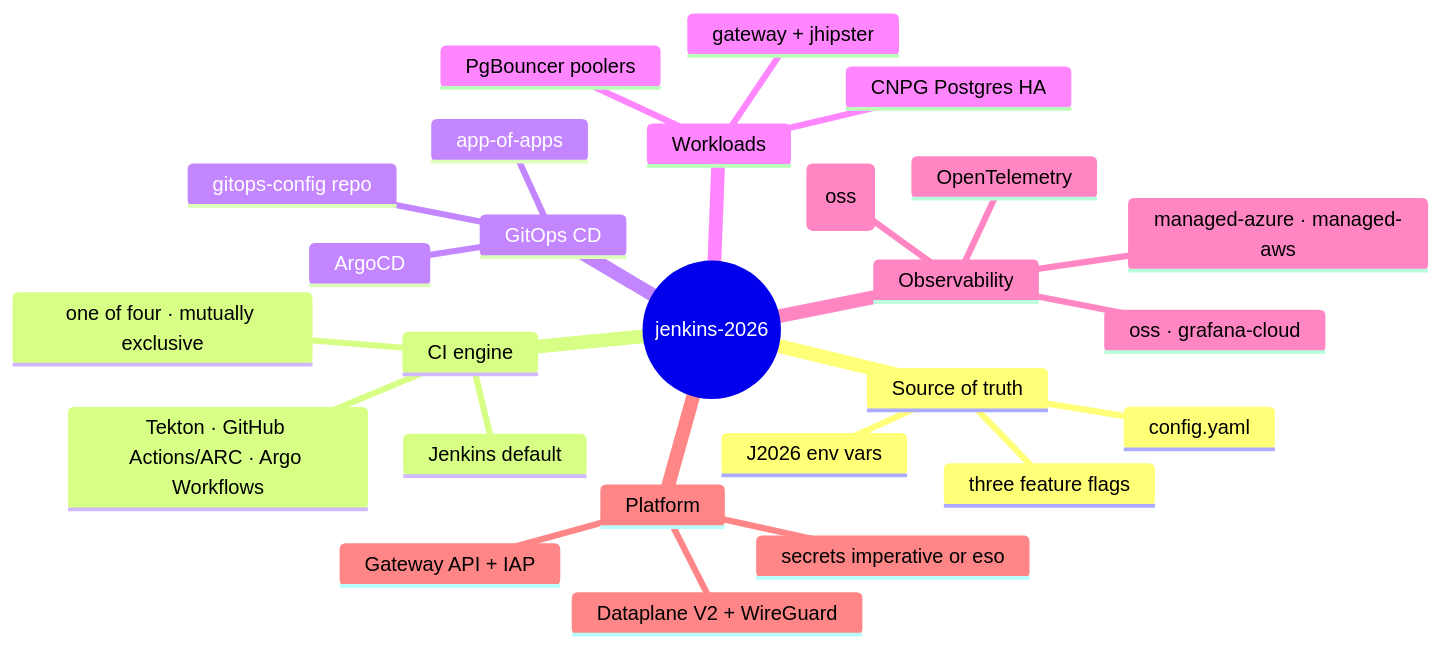
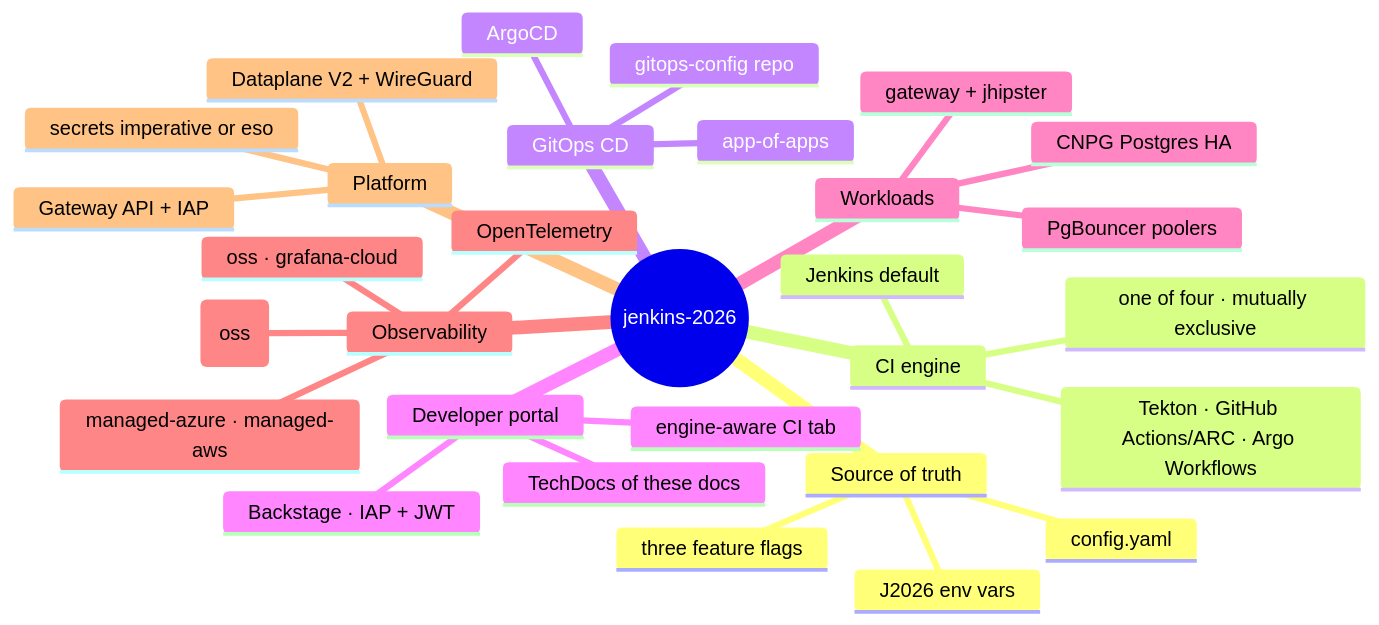
One commit to nubenetes/jenkins-2026 changed the first of 11 diagrams in docs/201-ARCHITECTURE.md. Above: the diagram before and after it, drawn with Mermaid. The commit also changed other lines of this file and 130 other files, not shown here.

First line of the commit message:
The Backstage developer portal release + Declarative pipeline overhaul (develop → main) (#636)

````diff
--- a/docs/201-ARCHITECTURE.md
+++ b/docs/201-ARCHITECTURE.md
@@ -27,29 +27,33 @@
 ```mermaid
 mindmap
   root((jenkins-2026))
     Source of truth
       config.yaml
       J2026 env vars
       three feature flags
     CI engine
       Jenkins default
       Tekton · GitHub Actions/ARC · Argo Workflows
       one of four · mutually exclusive
     GitOps CD
       ArgoCD
       gitops-config repo
       app-of-apps
+    Developer portal
+      Backstage · IAP + JWT
+      engine-aware CI tab
+      TechDocs of these docs
     Workloads
       gateway + jhipster
       CNPG Postgres HA
       PgBouncer poolers
     Observability
       OpenTelemetry
       oss · grafana-cloud
       managed-azure · managed-aws
       AI assistant opt-in (oss)
     Platform
       Gateway API + IAP
       Dataplane V2 + WireGuard
       secrets imperative or eso
 ```
````
